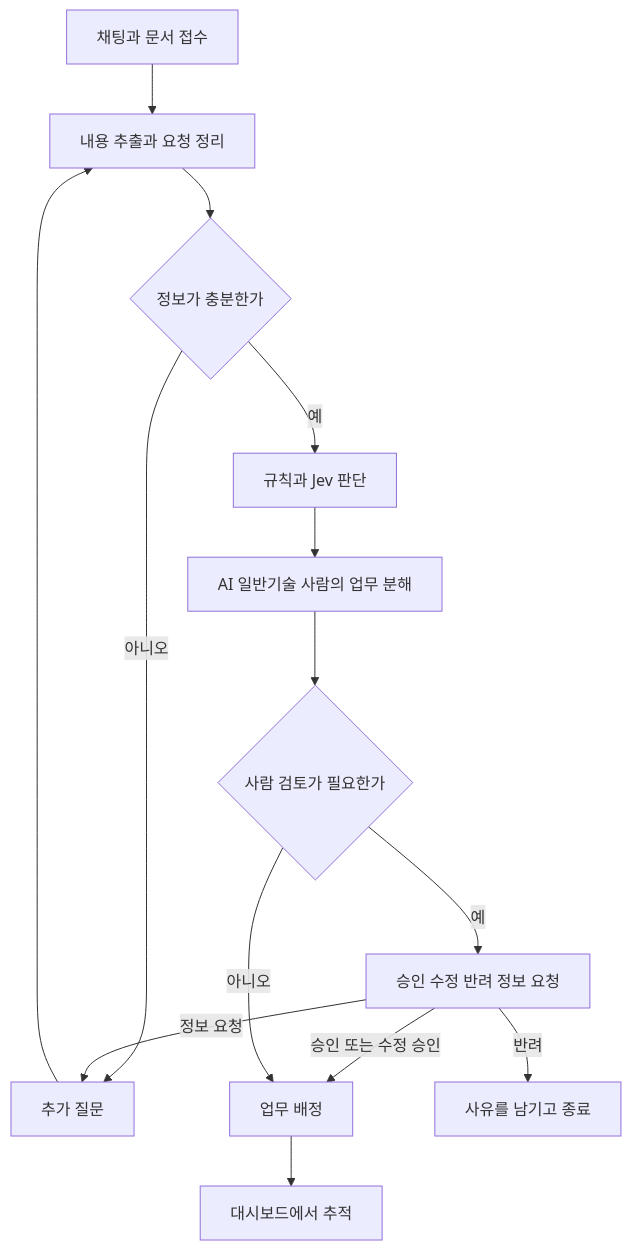
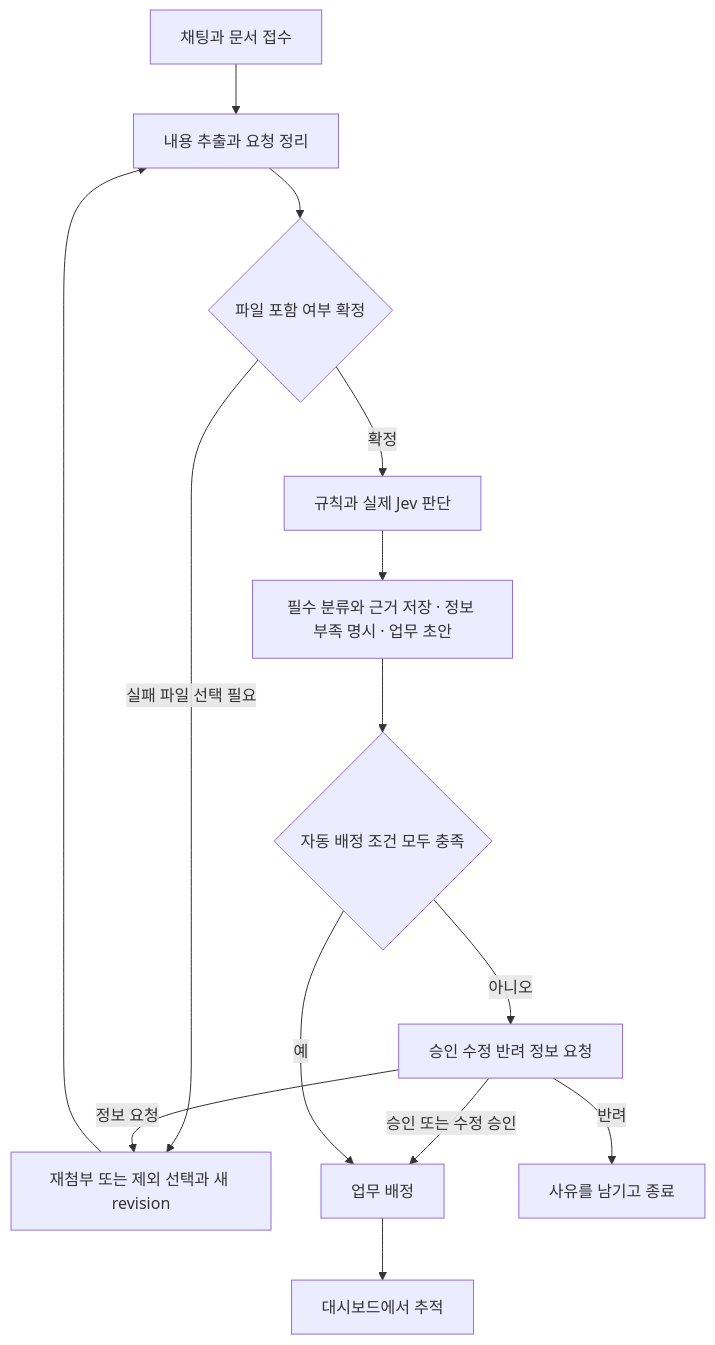
The diagram in docs/spec/02_USER_EXPERIENCE.md (sangwookp9591/decision-chat-bot), drawn with Mermaid before and after one commit. The commit also changed other lines of this file and 11 other files, not shown here.

````diff
--- a/docs/spec/02_USER_EXPERIENCE.md
+++ b/docs/spec/02_USER_EXPERIENCE.md
@@ -5,16 +5,16 @@
 ```mermaid
 flowchart TD
     A[채팅과 문서 접수] --> B[내용 추출과 요청 정리]
-    B --> C{정보가 충분한가}
-    C -->|아니오| D[추가 질문]
+    B --> C{파일 포함 여부 확정}
+    C -->|실패 파일 선택 필요| D[재첨부 또는 제외 선택과 새 revision]
     D --> B
-    C -->|예| E[규칙과 Jev 판단]
-    E --> F[AI 일반기술 사람의 업무 분해]
-    F --> G{사람 검토가 필요한가}
-    G -->|예| H[승인 수정 반려 정보 요청]
+    C -->|확정| E[규칙과 실제 Jev 판단]
+    E --> F[필수 분류와 근거 저장 · 정보 부족 명시 · 업무 초안]
+    F --> G{자동 배정 조건 모두 충족}
+    G -->|아니오| H[승인 수정 반려 정보 요청]
     H -->|승인 또는 수정 승인| I[업무 배정]
     H -->|정보 요청| D
     H -->|반려| J[사유를 남기고 종료]
-    G -->|아니오| I
+    G -->|예| I
     I --> K[대시보드에서 추적]
 ```
````
